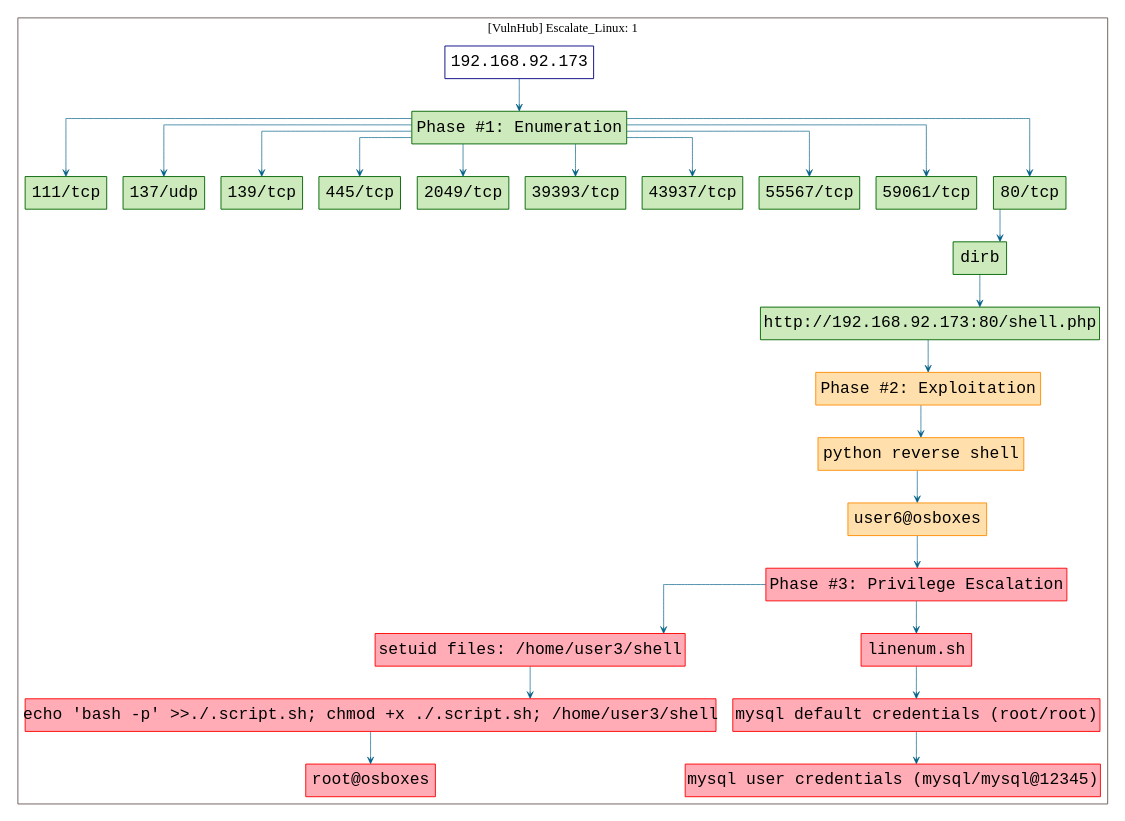
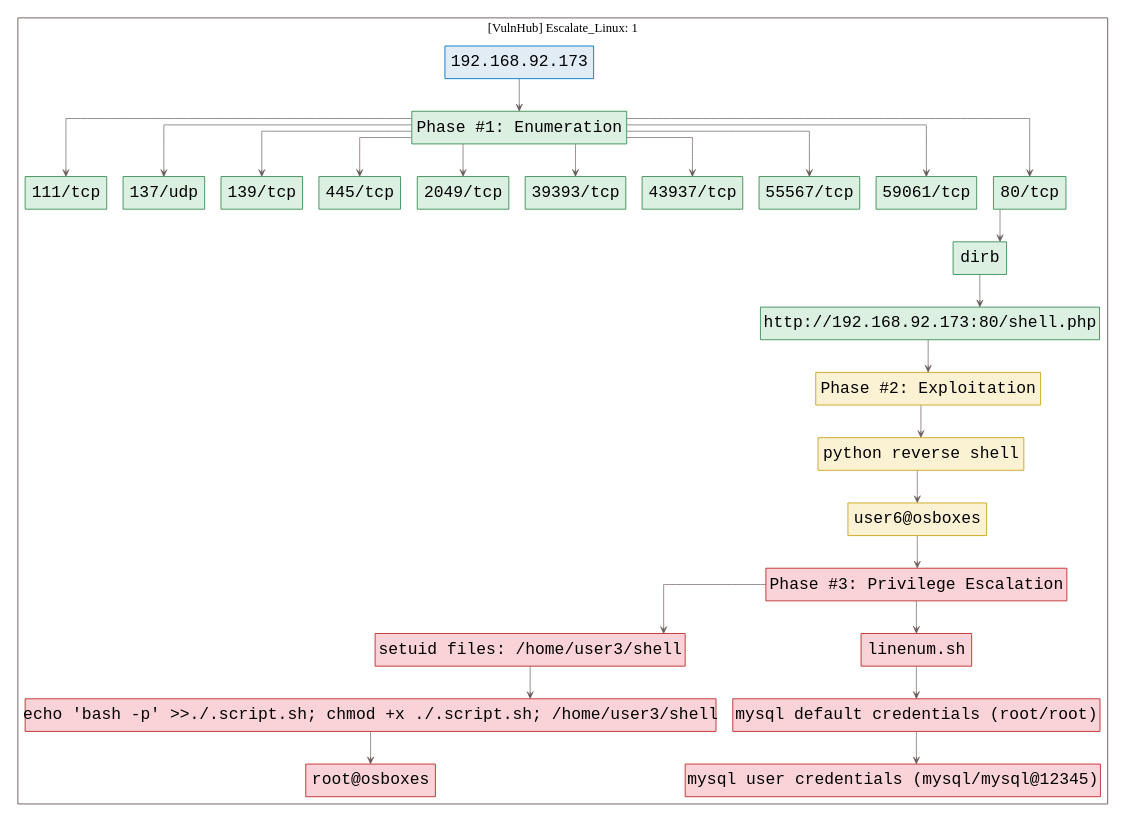
Before and after one commit to 7h3rAm/writeups: the diagram in vulnhub.escalatelinux/killchain.dot, drawn with Graphviz. The commit also changed 110 other files, not shown here.

```diff
--- a/vulnhub.escalatelinux/killchain.dot
+++ b/vulnhub.escalatelinux/killchain.dot
@@ -1,60 +1,60 @@
 digraph G {
   #rankdir=LR;
   nodesdictep=1.0; splines="ortho"; K=0.6; overlap=scale; fixedsize=true; resolution=72; bgcolor="#ffffff"; outputorder="edgesfirst";
   node [fontname="courier" fontsize=18 shape=box width=0.25 fillcolor="white" style="filled,solid"];
-  edge [style=solid color="#005f87" penwidth=0.75 arrowhead=vee arrowsize=0.75 ];
+  edge [style=solid color="#665957" penwidth=0.75 arrowhead=vee arrowsize=0.75 ];
 
-  0[label="192.168.92.173" color="navyblue" fillcolor="#ffffff" tooltip="[VulnHub] Escalate_Linux: 1"];
-  10[label="mysql default credentials (root/root)" color="red" fillcolor="#ffacb7" tooltip="Phase #3:Privilege Escalation"];
-  11[label="mysql user credentials (mysql/mysql@12345)" color="red" fillcolor="#ffacb7" tooltip="Phase #3:Privilege Escalation"];
-  12[label="setuid files: /home/user3/shell" color="red" fillcolor="#ffacb7" tooltip="Phase #3:Privilege Escalation"];
-  13[label="echo 'bash -p' >>./.script.sh; chmod +x ./.script.sh; /home/user3/shell" color="red" fillcolor="#ffacb7" tooltip="Phase #3:Privilege Escalation"];
-  14[label="root@osboxes" color="red" fillcolor="#ffacb7" tooltip="Phase #3:Privilege Escalation"];
-  15[label="111/tcp" color="darkgreen" fillcolor="#cceabb" tooltip="Phase #1:Enumeration"];
-  16[label="137/udp" color="darkgreen" fillcolor="#cceabb" tooltip="Phase #1:Enumeration"];
-  17[label="139/tcp" color="darkgreen" fillcolor="#cceabb" tooltip="Phase #1:Enumeration"];
-  18[label="445/tcp" color="darkgreen" fillcolor="#cceabb" tooltip="Phase #1:Enumeration"];
-  19[label="2049/tcp" color="darkgreen" fillcolor="#cceabb" tooltip="Phase #1:Enumeration"];
-  1[label="Phase #1: Enumeration" color="darkgreen" fillcolor="#cceabb" tooltip="Phase #1:Enumeration"];
-  20[label="39393/tcp" color="darkgreen" fillcolor="#cceabb" tooltip="Phase #1:Enumeration"];
-  21[label="43937/tcp" color="darkgreen" fillcolor="#cceabb" tooltip="Phase #1:Enumeration"];
-  22[label="55567/tcp" color="darkgreen" fillcolor="#cceabb" tooltip="Phase #1:Enumeration"];
-  23[label="59061/tcp" color="darkgreen" fillcolor="#cceabb" tooltip="Phase #1:Enumeration"];
-  2[label="80/tcp" color="darkgreen" fillcolor="#cceabb" tooltip="Phase #1:Enumeration"];
-  3[label="dirb" color="darkgreen" fillcolor="#cceabb" tooltip="Phase #1:Enumeration"];
-  4[label="http://192.168.92.173:80/shell.php" color="darkgreen" fillcolor="#cceabb" tooltip="Phase #1:Enumeration"];
-  5[label="Phase #2: Exploitation" color="darkorange" fillcolor="#ffe0ac" tooltip="Phase #2:Exploitation"];
-  6[label="python reverse shell" color="darkorange" fillcolor="#ffe0ac" tooltip="Phase #2:Exploitation"];
-  7[label="user6@osboxes" color="darkorange" fillcolor="#ffe0ac" tooltip="Phase #2:Exploitation"];
-  8[label="Phase #3: Privilege Escalation" color="red" fillcolor="#ffacb7" tooltip="Phase #3:Privilege Escalation"];
-  9[label="linenum.sh" color="red" fillcolor="#ffacb7" tooltip="Phase #3:Privilege Escalation"];
+  0[label="192.168.92.173" color="#0077cc" fillcolor="#e1ecf4" tooltip="[VulnHub] Escalate_Linux: 1"];
+  10[label="mysql default credentials (root/root)" color="#c02d2e" fillcolor="#f9d3d7" tooltip="Phase #3:Privilege Escalation"];
+  11[label="mysql user credentials (mysql/mysql@12345)" color="#c02d2e" fillcolor="#f9d3d7" tooltip="Phase #3:Privilege Escalation"];
+  12[label="setuid files: /home/user3/shell" color="#c02d2e" fillcolor="#f9d3d7" tooltip="Phase #3:Privilege Escalation"];
+  13[label="echo 'bash -p' >>./.script.sh; chmod +x ./.script.sh; /home/user3/shell" color="#c02d2e" fillcolor="#f9d3d7" tooltip="Phase #3:Privilege Escalation"];
+  14[label="root@osboxes" color="#c02d2e" fillcolor="#f9d3d7" tooltip="Phase #3:Privilege Escalation"];
+  15[label="111/tcp" color="#3d8f58" fillcolor="#dcf0e2" tooltip="Phase #1:Enumeration"];
+  16[label="137/udp" color="#3d8f58" fillcolor="#dcf0e2" tooltip="Phase #1:Enumeration"];
+  17[label="139/tcp" color="#3d8f58" fillcolor="#dcf0e2" tooltip="Phase #1:Enumeration"];
+  18[label="445/tcp" color="#3d8f58" fillcolor="#dcf0e2" tooltip="Phase #1:Enumeration"];
+  19[label="2049/tcp" color="#3d8f58" fillcolor="#dcf0e2" tooltip="Phase #1:Enumeration"];
+  1[label="Phase #1: Enumeration" color="#3d8f58" fillcolor="#dcf0e2" tooltip="Phase #1:Enumeration"];
+  20[label="39393/tcp" color="#3d8f58" fillcolor="#dcf0e2" tooltip="Phase #1:Enumeration"];
+  21[label="43937/tcp" color="#3d8f58" fillcolor="#dcf0e2" tooltip="Phase #1:Enumeration"];
+  22[label="55567/tcp" color="#3d8f58" fillcolor="#dcf0e2" tooltip="Phase #1:Enumeration"];
+  23[label="59061/tcp" color="#3d8f58" fillcolor="#dcf0e2" tooltip="Phase #1:Enumeration"];
+  2[label="80/tcp" color="#3d8f58" fillcolor="#dcf0e2" tooltip="Phase #1:Enumeration"];
+  3[label="dirb" color="#3d8f58" fillcolor="#dcf0e2" tooltip="Phase #1:Enumeration"];
+  4[label="http://192.168.92.173:80/shell.php" color="#3d8f58" fillcolor="#dcf0e2" tooltip="Phase #1:Enumeration"];
+  5[label="Phase #2: Exploitation" color="#cea51b" fillcolor="#fbf2d4" tooltip="Phase #2:Exploitation"];
+  6[label="python reverse shell" color="#cea51b" fillcolor="#fbf2d4" tooltip="Phase #2:Exploitation"];
+  7[label="user6@osboxes" color="#cea51b" fillcolor="#fbf2d4" tooltip="Phase #2:Exploitation"];
+  8[label="Phase #3: Privilege Escalation" color="#c02d2e" fillcolor="#f9d3d7" tooltip="Phase #3:Privilege Escalation"];
+  9[label="linenum.sh" color="#c02d2e" fillcolor="#f9d3d7" tooltip="Phase #3:Privilege Escalation"];
 
   subgraph cluster_0 {
     node [style="filled,solid"];
     label = "[VulnHub] Escalate_Linux: 1";
     color = "#665957";
-    0 -> 1 [color="#005f87"];
-    1 -> 15 [color="#005f87"];
-    1 -> 16 [color="#005f87"];
-    1 -> 17 [color="#005f87"];
-    1 -> 18 [color="#005f87"];
-    1 -> 19 [color="#005f87"];
-    1 -> 2 [color="#005f87"];
-    1 -> 20 [color="#005f87"];
-    1 -> 21 [color="#005f87"];
-    1 -> 22 [color="#005f87"];
-    1 -> 23 [color="#005f87"];
-    10 -> 11 [color="#005f87"];
-    12 -> 13 [color="#005f87"];
-    13 -> 14 [color="#005f87"];
-    2 -> 3 [color="#005f87"];
-    3 -> 4 [color="#005f87"];
-    4 -> 5 [color="#005f87"];
-    5 -> 6 [color="#005f87"];
-    6 -> 7 [color="#005f87"];
-    7 -> 8 [color="#005f87"];
-    8 -> 12 [color="#005f87"];
-    8 -> 9 [color="#005f87"];
-    9 -> 10 [color="#005f87"];
+    0 -> 1 [color="#665957"];
+    1 -> 15 [color="#665957"];
+    1 -> 16 [color="#665957"];
+    1 -> 17 [color="#665957"];
+    1 -> 18 [color="#665957"];
+    1 -> 19 [color="#665957"];
+    1 -> 2 [color="#665957"];
+    1 -> 20 [color="#665957"];
+    1 -> 21 [color="#665957"];
+    1 -> 22 [color="#665957"];
+    1 -> 23 [color="#665957"];
+    10 -> 11 [color="#665957"];
+    12 -> 13 [color="#665957"];
+    13 -> 14 [color="#665957"];
+    2 -> 3 [color="#665957"];
+    3 -> 4 [color="#665957"];
+    4 -> 5 [color="#665957"];
+    5 -> 6 [color="#665957"];
+    6 -> 7 [color="#665957"];
+    7 -> 8 [color="#665957"];
+    8 -> 12 [color="#665957"];
+    8 -> 9 [color="#665957"];
+    9 -> 10 [color="#665957"];
   }
 }
```
